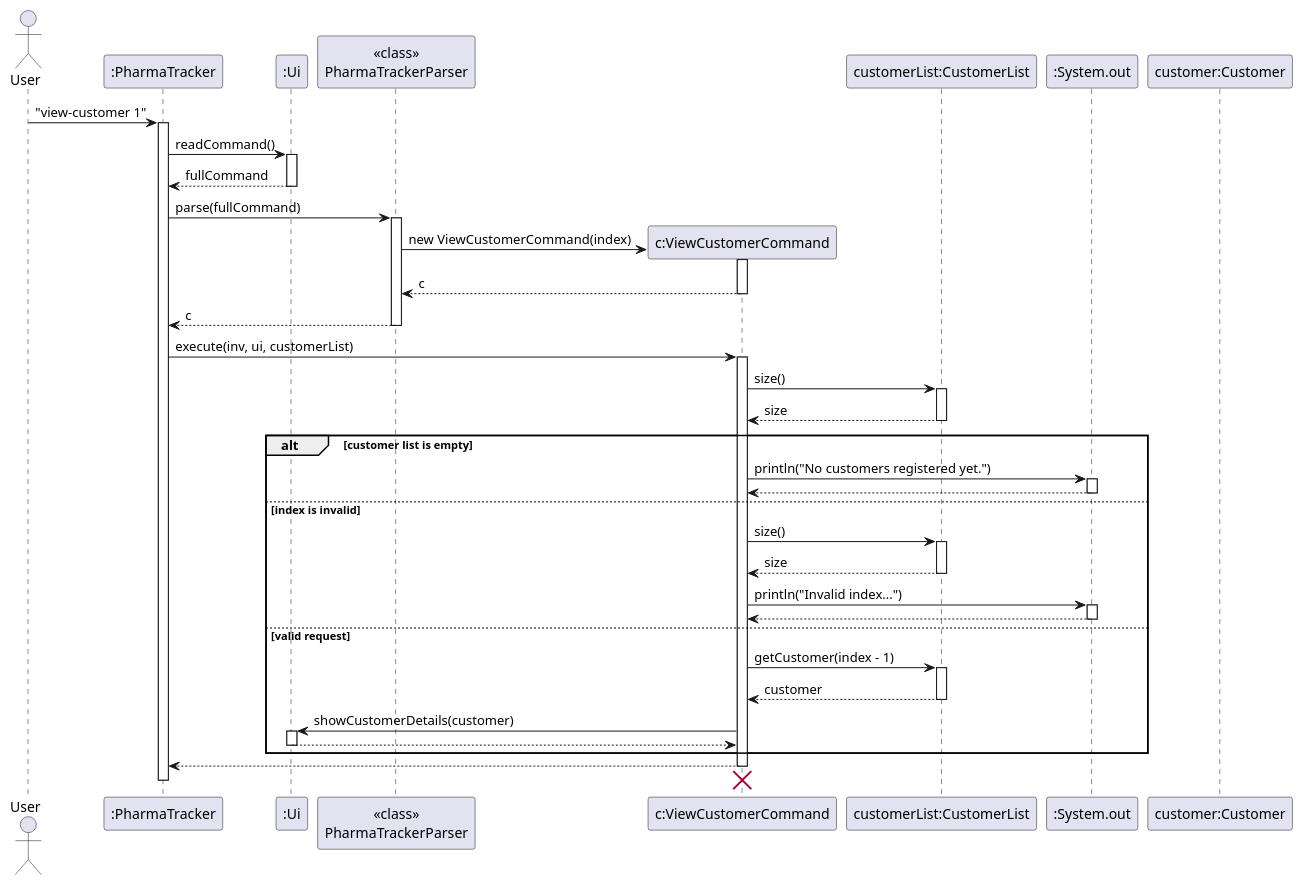
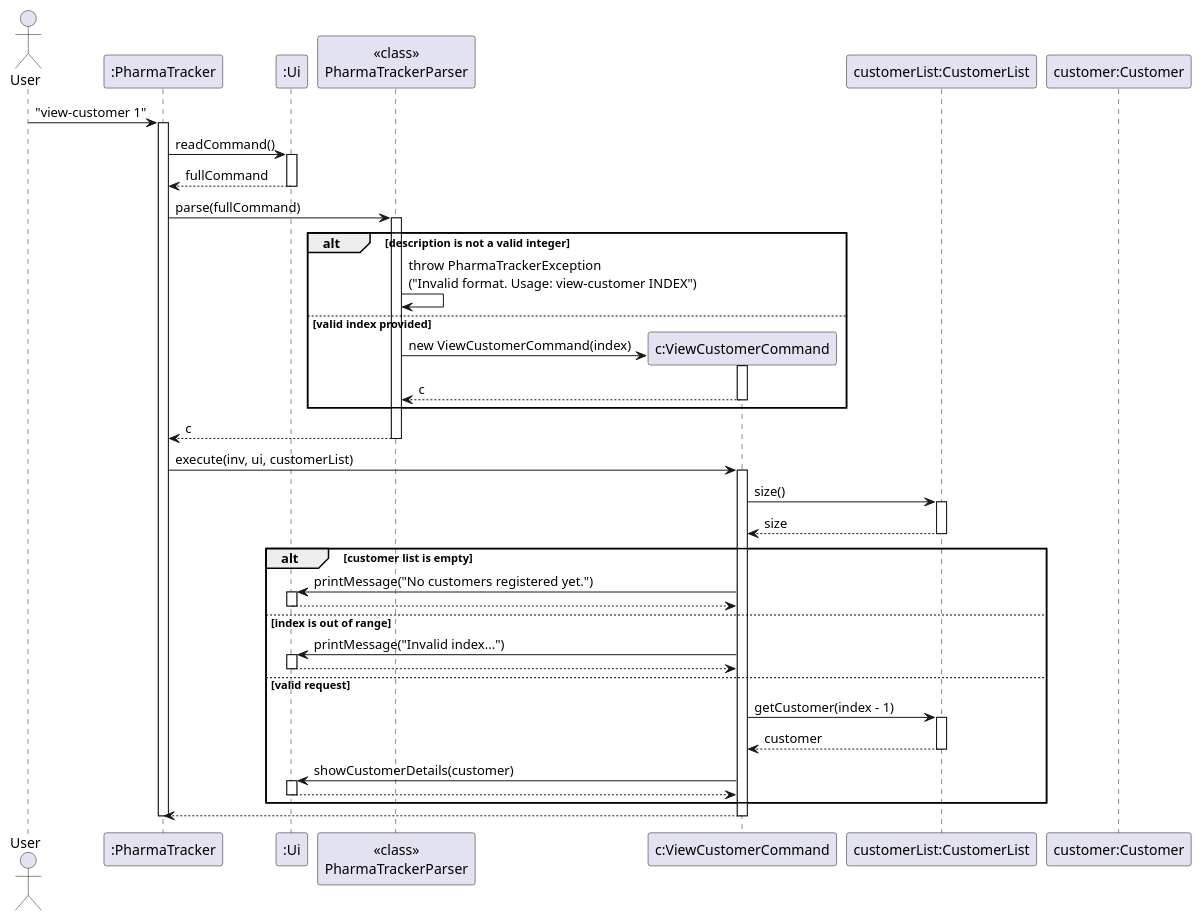
The diagram in docs/diagrams/ViewCustomerCommandSequence.puml (Yaqi66/tp), drawn with PlantUML before and after one commit. The commit also changed 21 other files, not shown here.

Commit message:
Update sequence diagrams

```diff
--- a/docs/diagrams/ViewCustomerCommandSequence.puml
+++ b/docs/diagrams/ViewCustomerCommandSequence.puml
@@ -1,74 +1,70 @@
 @startuml
 skinparam ArrowFontStyle plain
 
 actor User
 participant ":PharmaTracker" as PharmaTracker
 participant ":Ui" as Ui
 participant "<<class>>\nPharmaTrackerParser" as Parser
 participant "c:ViewCustomerCommand" as ViewCustomerCommand
 participant "customerList:CustomerList" as CustomerList
-participant ":System.out" as Console
 participant "customer:Customer" as Customer
 
 User -> PharmaTracker : "view-customer 1"
 activate PharmaTracker
 
 PharmaTracker -> Ui : readCommand()
 activate Ui
 Ui --> PharmaTracker : fullCommand
 deactivate Ui
 
 PharmaTracker -> Parser : parse(fullCommand)
 activate Parser
 
-create ViewCustomerCommand
-Parser -> ViewCustomerCommand : new ViewCustomerCommand(index)
-activate ViewCustomerCommand
-ViewCustomerCommand --> Parser : c
-deactivate ViewCustomerCommand
+alt description is not a valid integer
+    Parser -> Parser : throw PharmaTrackerException\n("Invalid format. Usage: view-customer INDEX")
+else valid index provided
+    create ViewCustomerCommand
+    Parser -> ViewCustomerCommand : new ViewCustomerCommand(index)
+    activate ViewCustomerCommand
+    ViewCustomerCommand --> Parser : c
+    deactivate ViewCustomerCommand
+end
 
 Parser --> PharmaTracker : c
 deactivate Parser
 
 PharmaTracker -> ViewCustomerCommand : execute(inv, ui, customerList)
 activate ViewCustomerCommand
 
 ViewCustomerCommand -> CustomerList : size()
 activate CustomerList
 CustomerList --> ViewCustomerCommand : size
 deactivate CustomerList
 
 alt customer list is empty
-    ViewCustomerCommand -> Console : println("No customers registered yet.")
-    activate Console
-    Console --> ViewCustomerCommand
-    deactivate Console
-else index is invalid
-    ViewCustomerCommand -> CustomerList : size()
-    activate CustomerList
-    CustomerList --> ViewCustomerCommand : size
-    deactivate CustomerList
-
-    ViewCustomerCommand -> Console : println("Invalid index...")
-    activate Console
-    Console --> ViewCustomerCommand
-    deactivate Console
+    ViewCustomerCommand -> Ui : printMessage("No customers registered yet.")
+    activate Ui
+    Ui --> ViewCustomerCommand
+    deactivate Ui
+else index is out of range
+    ViewCustomerCommand -> Ui : printMessage("Invalid index...")
+    activate Ui
+    Ui --> ViewCustomerCommand
+    deactivate Ui
 else valid request
     ViewCustomerCommand -> CustomerList : getCustomer(index - 1)
     activate CustomerList
     CustomerList --> ViewCustomerCommand : customer
     deactivate CustomerList
 
     ViewCustomerCommand -> Ui : showCustomerDetails(customer)
     activate Ui
     Ui --> ViewCustomerCommand
     deactivate Ui
 end
 
 ViewCustomerCommand --> PharmaTracker
 deactivate ViewCustomerCommand
-ViewCustomerCommand -[hidden]-> Parser
-destroy ViewCustomerCommand
 
 deactivate PharmaTracker
 @enduml
```
